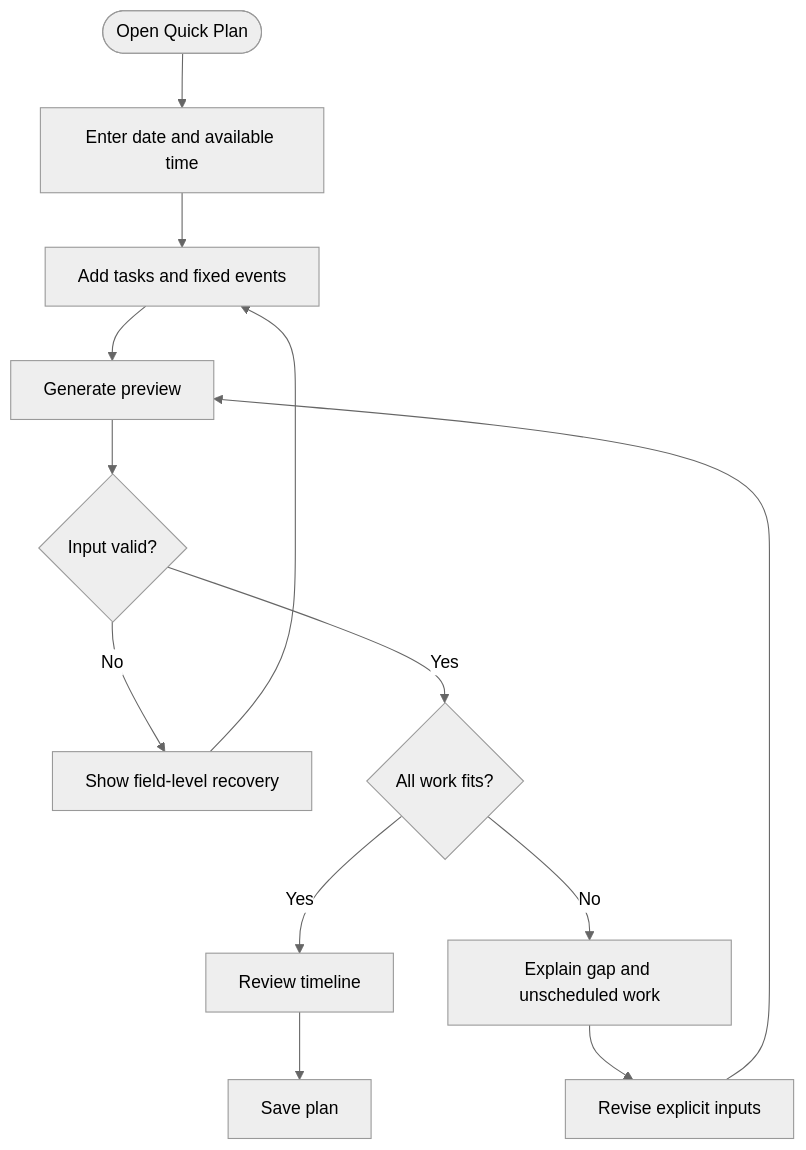
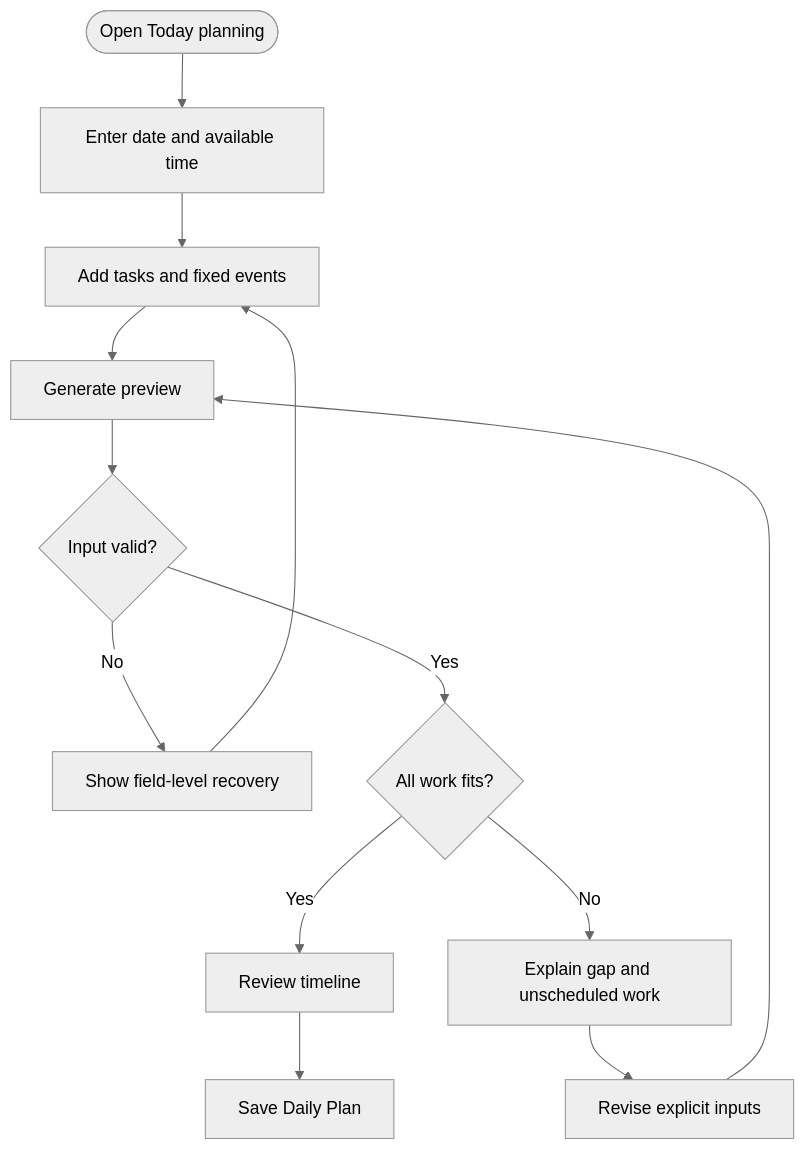
The second of 5 diagrams in docs/05-ui-ux/ui-ux-design.md (Plaminh/Blooming), drawn with Mermaid (neutral theme) before and after one commit. The commit also changed other lines of this file and 30 other files, not shown here.

````diff
--- a/docs/05-ui-ux/ui-ux-design.md
+++ b/docs/05-ui-ux/ui-ux-design.md
@@ -43,15 +50,15 @@
 ```mermaid
 flowchart TD
-    Start([Open Quick Plan]) --> Window["Enter date and available time"]
+    Start([Open Today planning]) --> Window["Enter date and available time"]
     Window --> Tasks["Add tasks and fixed events"]
     Tasks --> Submit["Generate preview"]
     Submit --> Valid{"Input valid?"}
     Valid -- No --> Fix["Show field-level recovery"]
     Fix --> Tasks
     Valid -- Yes --> Capacity{"All work fits?"}
     Capacity -- Yes --> Review["Review timeline"]
     Capacity -- No --> Overload["Explain gap and unscheduled work"]
     Overload --> Revise["Revise explicit inputs"]
     Revise --> Submit
-    Review --> Save["Save plan"]
+    Review --> Save["Save Daily Plan"]
 ```
````
